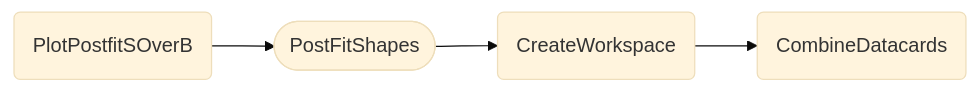
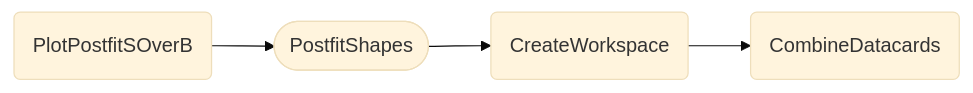
The diagram in docs/content/tasks/postfit.md (cms-hh/inference_tools), drawn with Mermaid (base theme) before and after one commit. The commit also changed other lines of this file and 13 other files, not shown here.

````diff
--- a/docs/content/tasks/postfit.md
+++ b/docs/content/tasks/postfit.md
@@ -26,6 +26,6 @@
 ```mermaid
     graph LR;
-    A(PlotPostfitSOverB) --> B([PostFitShapes]);
+    A(PlotPostfitSOverB) --> B([PostfitShapes]);
     B --> C(CreateWorkspace);
     C --> D(CombineDatacards);
 ```
````
